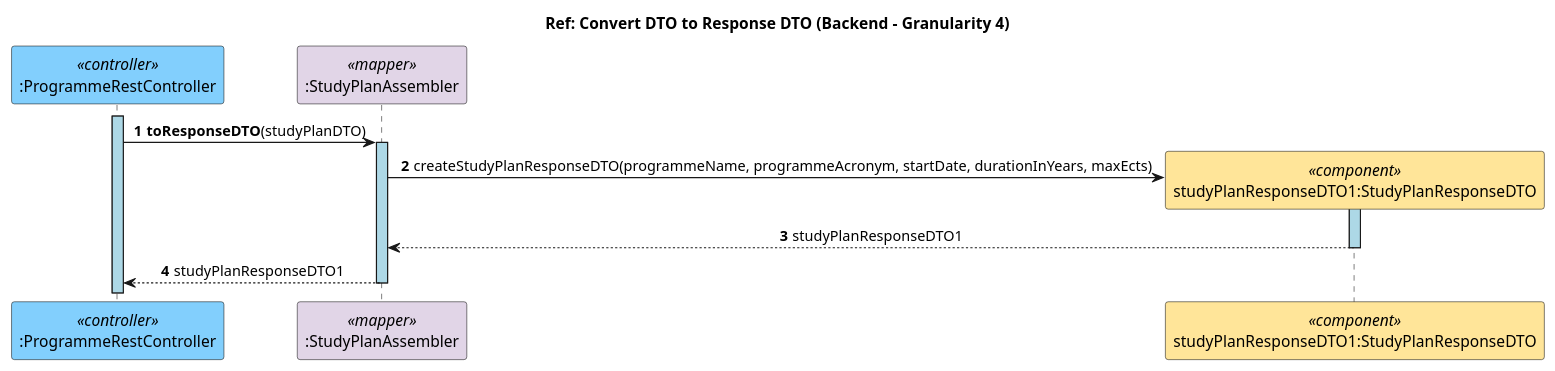
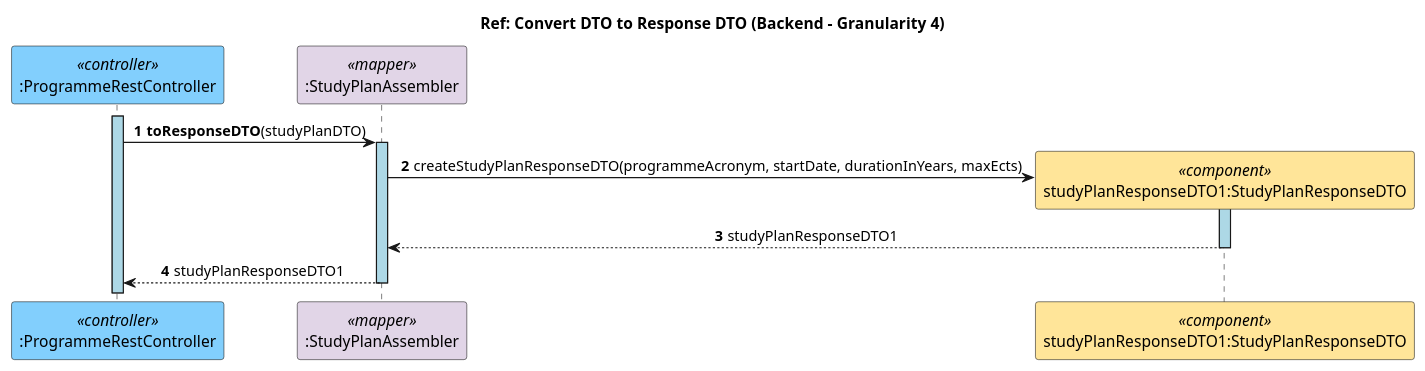
The diagram in docs/US27/Sprint6/SceneryView/Level4/Level4_Backend_Ref_ConvertDTOToResponseDTO.puml (GasparISEP/DevOps-PAI), drawn with PlantUML before and after one commit. The commit also changed 3 other files, not shown here.

Commit message:
Refactored US27 SceneryView diagrams to align with current codebase. (Closes #792)

```diff
--- a/docs/US27/Sprint6/SceneryView/Level4/Level4_Backend_Ref_ConvertDTOToResponseDTO.puml
+++ b/docs/US27/Sprint6/SceneryView/Level4/Level4_Backend_Ref_ConvertDTOToResponseDTO.puml
@@ -1,18 +1,18 @@
 @startuml
 title Ref: Convert DTO to Response DTO (Backend - Granularity 4)
 skinparam sequenceLifeLineBackgroundColor lightblue
 skinparam sequenceMessageAlign center
 autonumber
 
 participant ":ProgrammeRestController" as ProgrammeRestController <<controller>> #82CFFD
 participant ":StudyPlanAssembler" as StudyPlanAssembler <<mapper>> #E1D5E7
 participant "studyPlanResponseDTO1:StudyPlanResponseDTO" as StudyPlanResponseDTO <<component>> #FFE599
 
 activate ProgrammeRestController
 ProgrammeRestController -> StudyPlanAssembler ++: **toResponseDTO**(studyPlanDTO)
-StudyPlanAssembler -> StudyPlanResponseDTO **: createStudyPlanResponseDTO(programmeName, programmeAcronym, startDate, durationInYears, maxEcts)
+StudyPlanAssembler -> StudyPlanResponseDTO **: createStudyPlanResponseDTO(programmeAcronym, startDate, durationInYears, maxEcts)
 activate StudyPlanResponseDTO
 StudyPlanResponseDTO --> StudyPlanAssembler: studyPlanResponseDTO1
 deactivate StudyPlanResponseDTO
 StudyPlanAssembler --> ProgrammeRestController --: studyPlanResponseDTO1
 @enduml
```
